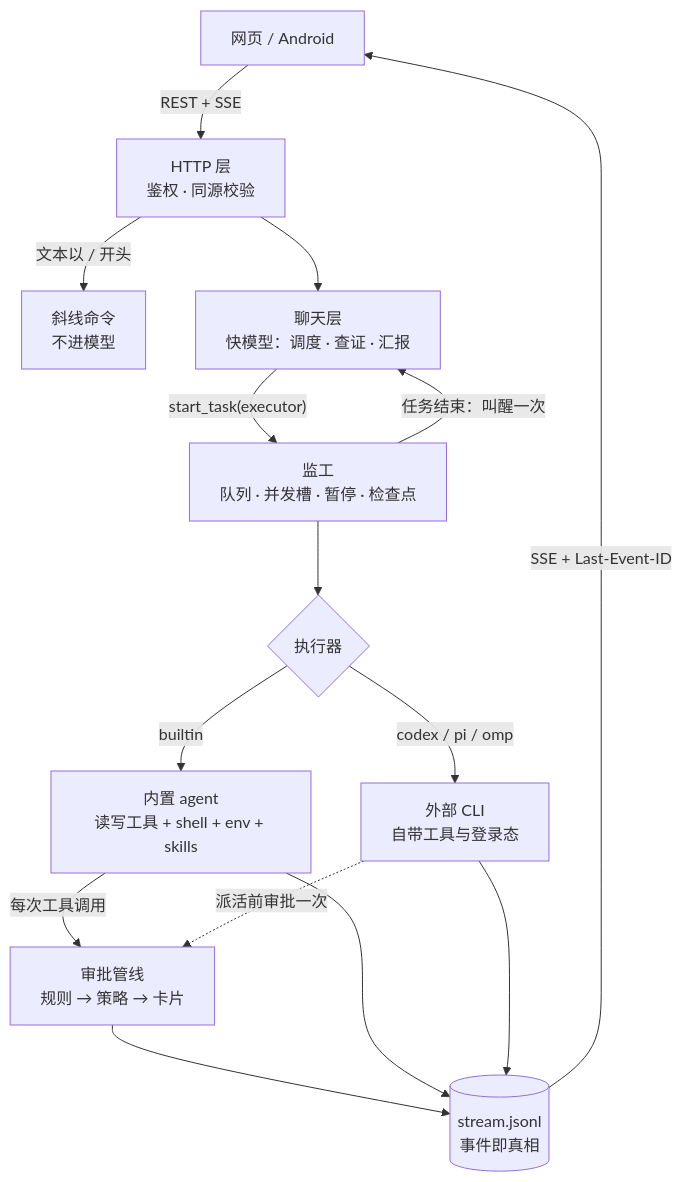
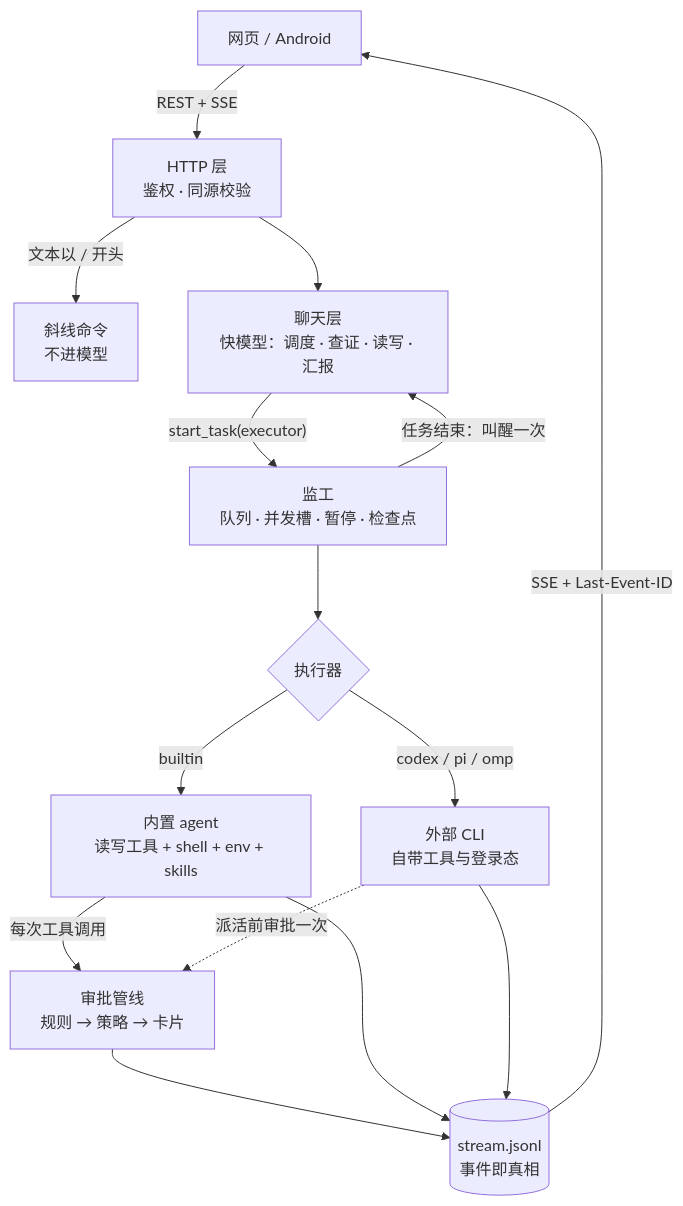
One commit to kiry163/reeve changed the diagram in README.md. Above: the diagram before and after it, drawn with Mermaid. The commit also changed other lines of this file and 6 other files, not shown here.

````diff
--- a/README.md
+++ b/README.md
@@ -37,17 +37,17 @@
 ```mermaid
 flowchart TD
   U["网页 / Android"] -->|"REST + SSE"| H["HTTP 层<br/>鉴权 · 同源校验"]
   H -->|"文本以 / 开头"| C["斜线命令<br/>不进模型"]
-  H --> CH["聊天层<br/>快模型：调度 · 查证 · 汇报"]
+  H --> CH["聊天层<br/>快模型：调度 · 查证 · 读写 · 汇报"]
   CH -->|"start_task(executor)"| S["监工<br/>队列 · 并发槽 · 暂停 · 检查点"]
   S --> E{"执行器"}
   E -->|builtin| B["内置 agent<br/>读写工具 + shell + env + skills"]
   E -->|codex / pi / omp| X["外部 CLI<br/>自带工具与登录态"]
   B -->|"每次工具调用"| A["审批管线<br/>规则 → 策略 → 卡片"]
   X -.->|"派活前审批一次"| A
   A --> L[("stream.jsonl<br/>事件即真相")]
   B --> L
   X --> L
   L -->|"SSE + Last-Event-ID"| U
   S -->|"任务结束：叫醒一次"| CH
 ```
````
